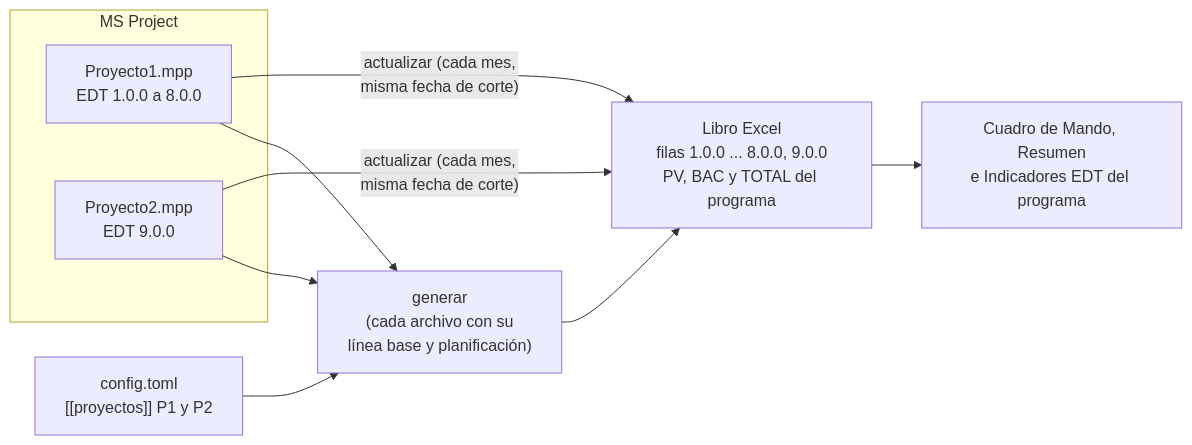
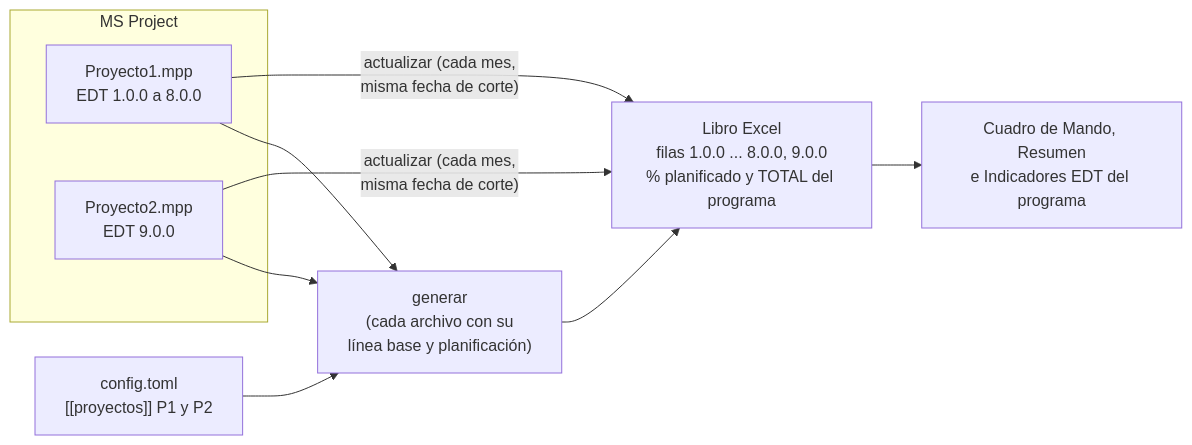
One commit to MarceloSalazar/evm-automation changed the diagram in docs/varios-archivos.md. Above: the diagram before and after it, drawn with Mermaid. The commit also changed other lines of this file and 101 other files, not shown here.

First line of the commit message:
Versión 2.0.0: PV y EV con el BAC del libro (cronograma sin importes) (#16)

````diff
--- a/docs/varios-archivos.md
+++ b/docs/varios-archivos.md
@@ -51,13 +51,13 @@
 ```mermaid
 flowchart LR
     subgraph MSP["MS Project"]
         A1["Proyecto1.mpp<br/>EDT 1.0.0 a 8.0.0"]
         A2["Proyecto2.mpp<br/>EDT 9.0.0"]
     end
     CFG["config.toml<br/>[[proyectos]] P1 y P2"]
     A1 & A2 --> G["generar<br/>(cada archivo con su<br/>línea base y planificación)"]
     CFG --> G
-    G --> XL["Libro Excel<br/>filas 1.0.0 ... 8.0.0, 9.0.0<br/>PV, BAC y TOTAL del programa"]
+    G --> XL["Libro Excel<br/>filas 1.0.0 ... 8.0.0, 9.0.0<br/>% planificado y TOTAL del programa"]
     A1 & A2 -- "actualizar (cada mes,<br/>misma fecha de corte)" --> XL
     XL --> CM["Cuadro de Mando, Resumen<br/>e Indicadores EDT del programa"]
 ```
````
